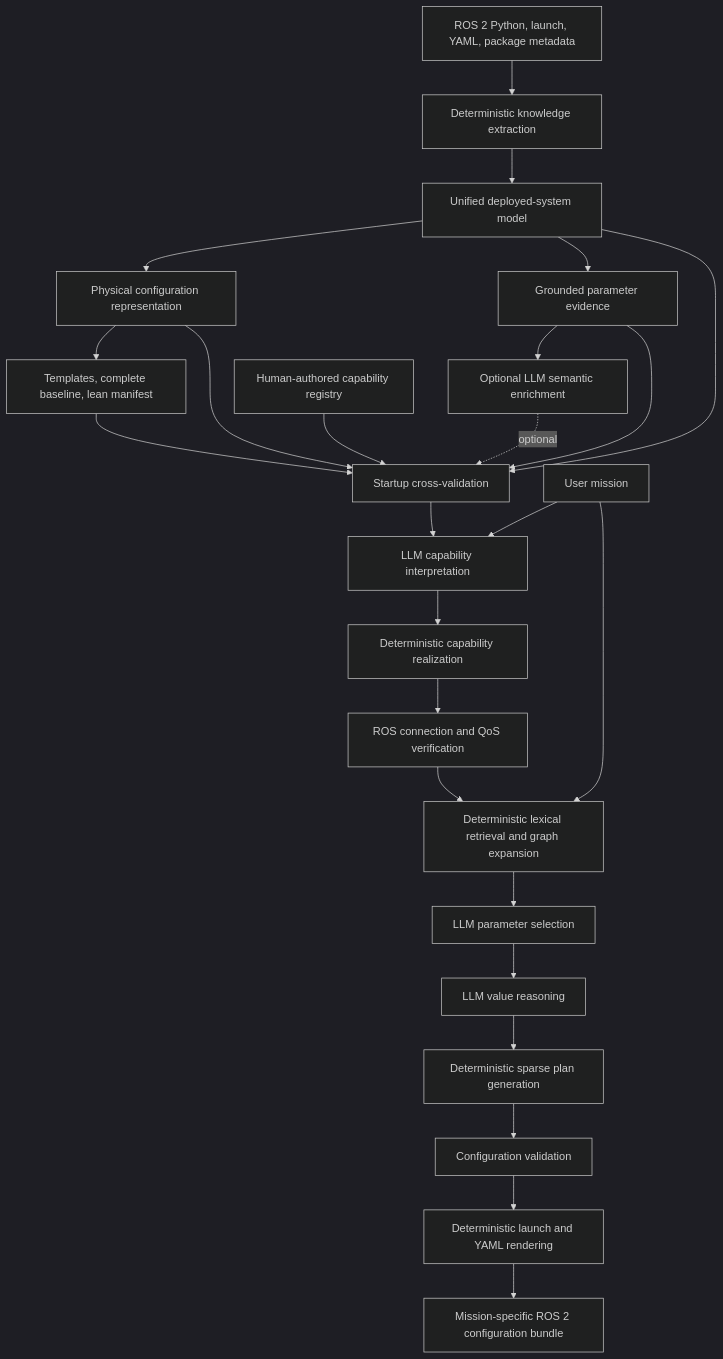
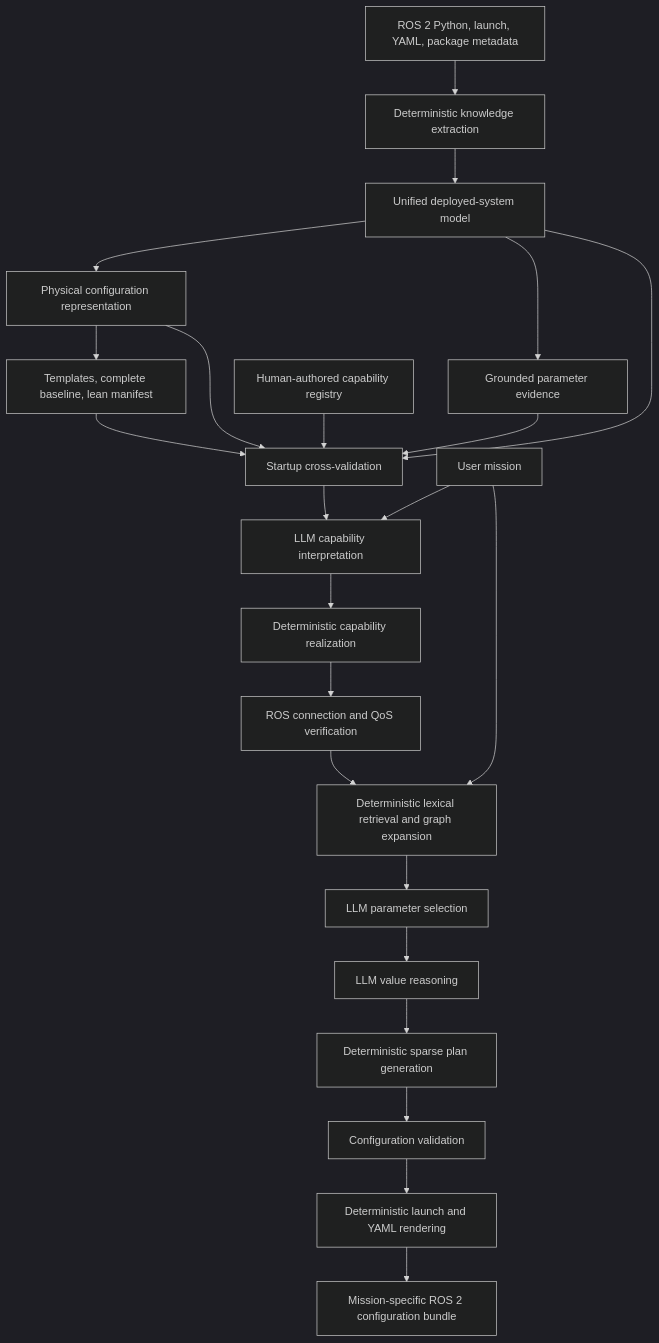
Before and after one commit to AlfredPietraru/dizertatie: the first of 5 diagrams in zresearch_report/sections/proposed_solution_diagrams.md, drawn with Mermaid (dark theme). The commit also changed other lines of this file and 2 other files, not shown here.

Commit message:
rewritten the section Deterministic Parameter Metadata and Evidence

````diff
--- a/zresearch_report/sections/proposed_solution_diagrams.md
+++ b/zresearch_report/sections/proposed_solution_diagrams.md
@@ -7,30 +7,28 @@
 ```mermaid
 flowchart TD
     SRC[ROS 2 Python, launch, YAML, package metadata]
     SRC --> EXT[Deterministic knowledge extraction]
     EXT --> SYS[Unified deployed-system model]
     SYS --> CFG[Physical configuration representation]
     SYS --> EVD[Grounded parameter evidence]
     CFG --> TPL[Templates, complete baseline, lean manifest]
-    EVD --> SEM[Optional LLM semantic enrichment]
 
     REG[Human-authored capability registry] --> START[Startup cross-validation]
     SYS --> START
     CFG --> START
     EVD --> START
     TPL --> START
-    SEM -. optional .-> START
 
     USER[User mission] --> CAP[LLM capability interpretation]
     START --> CAP
     CAP --> REAL[Deterministic capability realization]
     REAL --> ROS[ROS connection and QoS verification]
     ROS --> RET[Deterministic lexical retrieval and graph expansion]
     USER --> RET
     RET --> SEL[LLM parameter selection]
     SEL --> VAL[LLM value reasoning]
     VAL --> PLAN[Deterministic sparse plan generation]
     PLAN --> CHECK[Configuration validation]
     CHECK --> RENDER[Deterministic launch and YAML rendering]
     RENDER --> OUT[Mission-specific ROS 2 configuration bundle]
 ```
````
